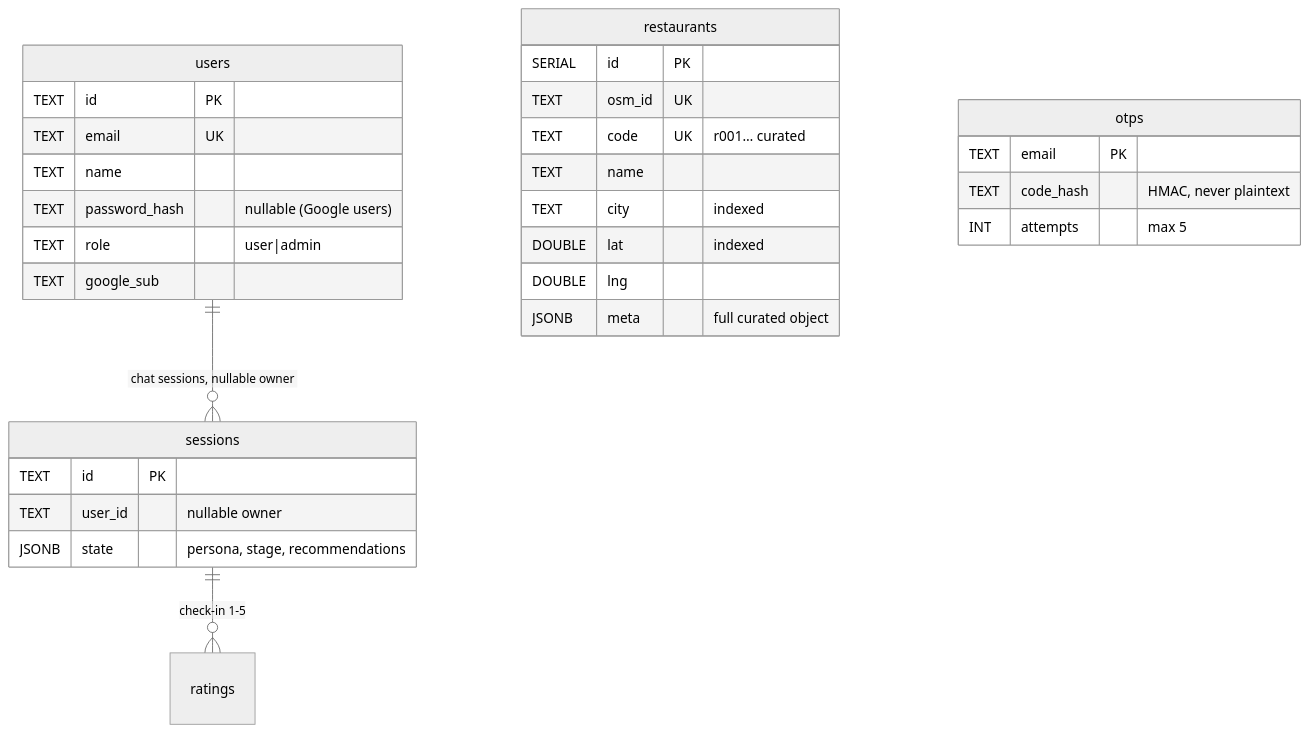
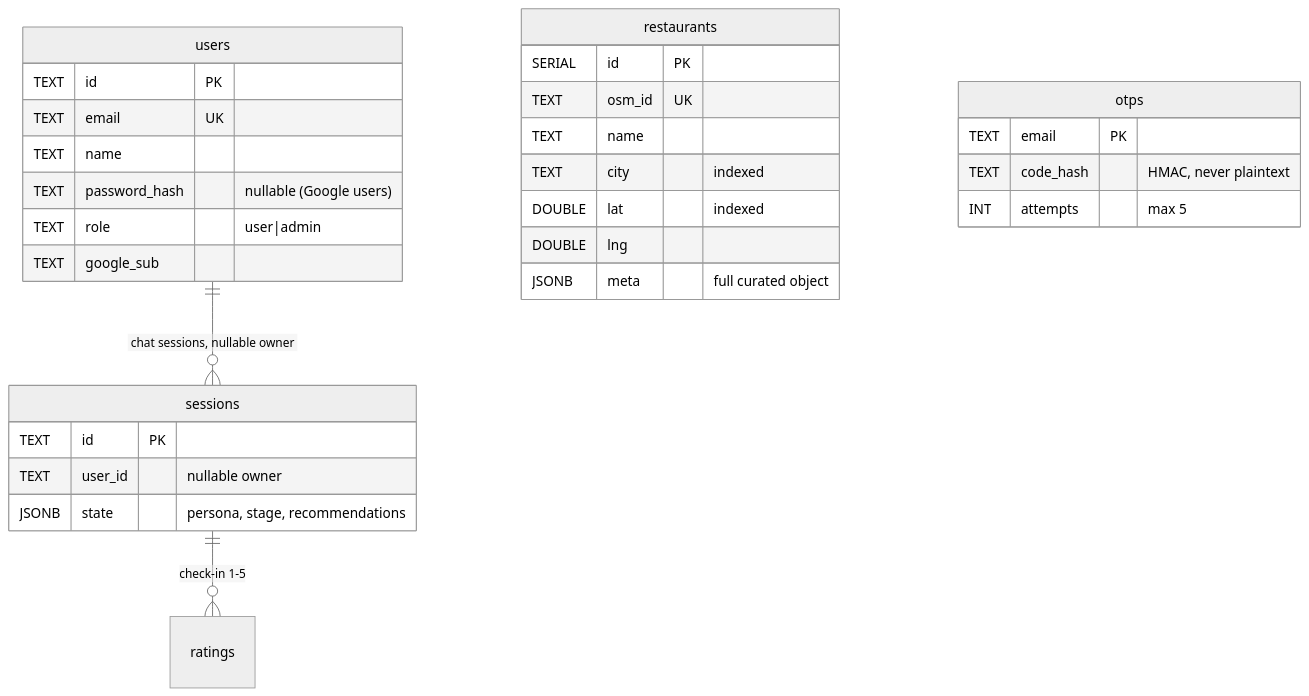
Before and after one commit to hiamrhex/naijaaste-ai: the fourth of 5 diagrams in README.md, drawn with Mermaid (neutral theme). The commit also changed other lines of this file, not shown here.

````diff
--- a/README.md
+++ b/README.md
@@ -119,33 +89,32 @@
 ```mermaid
 erDiagram
     users ||--o{ sessions : "chat sessions, nullable owner"
     users {
       TEXT id PK
       TEXT email UK
       TEXT name
       TEXT password_hash "nullable (Google users)"
       TEXT role "user|admin"
       TEXT google_sub
     }
     restaurants {
       SERIAL id PK
       TEXT osm_id UK
-      TEXT code UK "r001… curated"
       TEXT name
       TEXT city "indexed"
       DOUBLE lat "indexed"
       DOUBLE lng
       JSONB meta "full curated object"
     }
     sessions ||--o{ ratings : "check-in 1-5"
     sessions {
       TEXT id PK
       TEXT user_id "nullable owner"
       JSONB state "persona, stage, recommendations"
     }
     otps {
       TEXT email PK
       TEXT code_hash "HMAC, never plaintext"
       INT attempts "max 5"
     }
 ```
````
